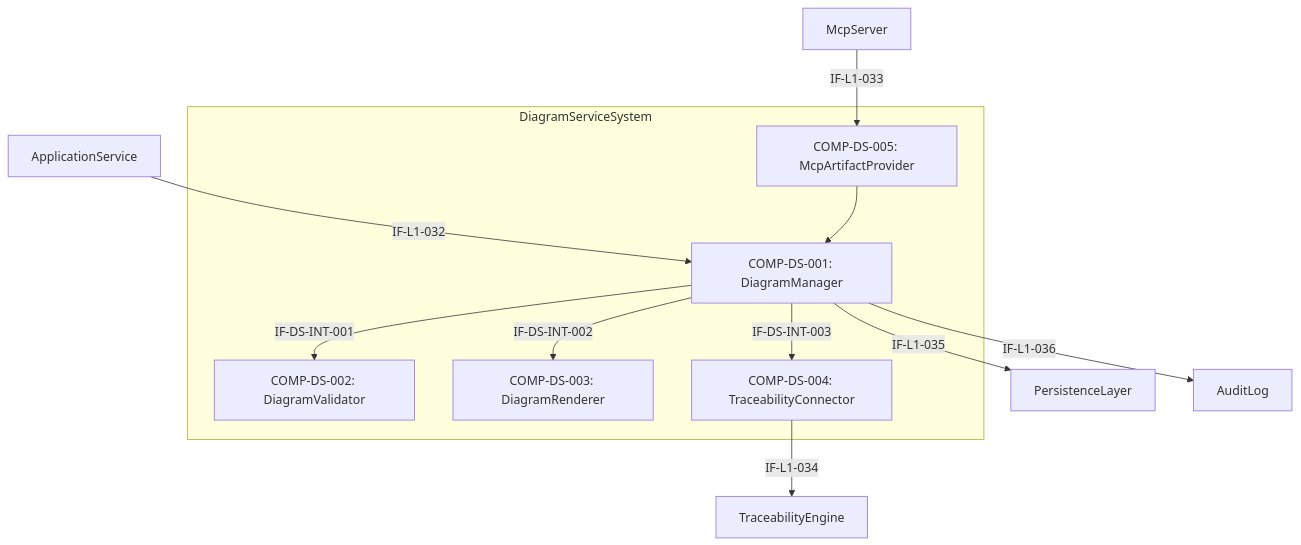
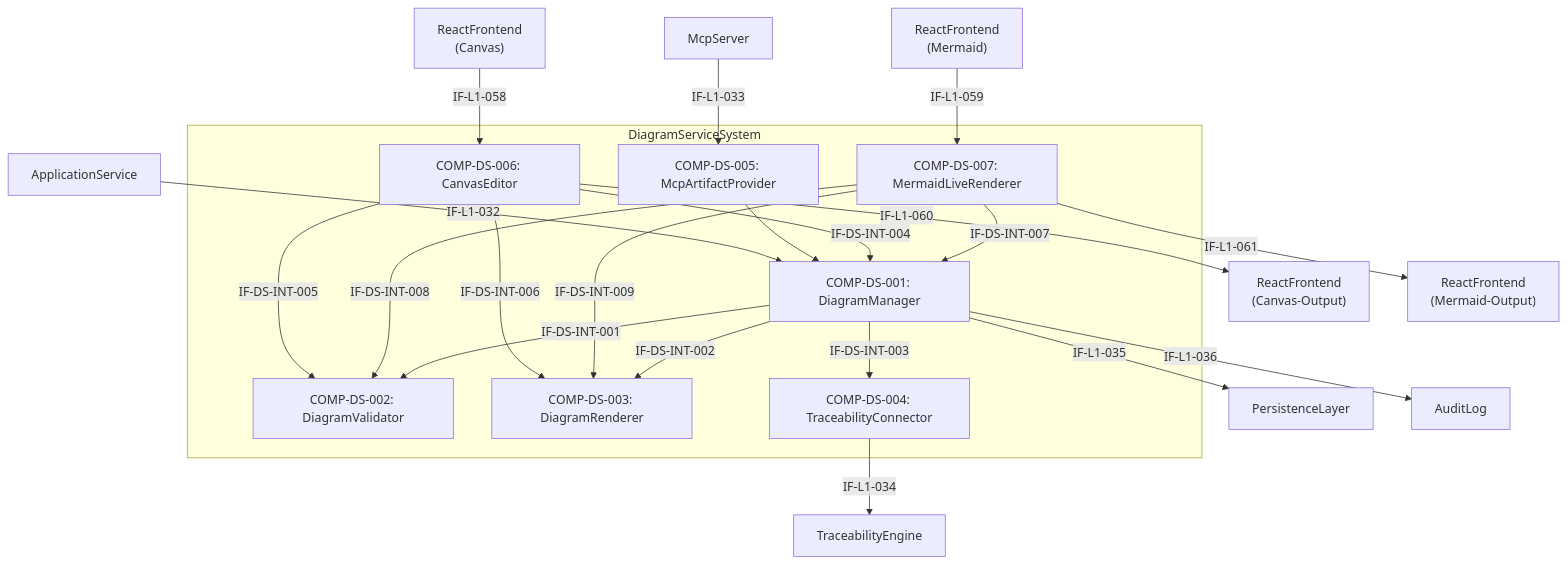
One commit to Popoboxxo/ReqogniLoom changed the diagram in docs/se/L1/Gesamtsystem/L2/DiagramServiceSystem/L2_DiagramServiceSystem_Architecture.md. Above: the diagram before and after it, drawn with Mermaid. The commit also changed other lines of this file and 50 other files, not shown here.

````diff
--- a/docs/se/L1/Gesamtsystem/L2/DiagramServiceSystem/L2_DiagramServiceSystem_Architecture.md
+++ b/docs/se/L1/Gesamtsystem/L2/DiagramServiceSystem/L2_DiagramServiceSystem_Architecture.md
@@ -57,22 +70,34 @@
 ```mermaid
 flowchart TD
     subgraph DiagramServiceSystem
         C001["COMP-DS-001: DiagramManager"]
         C002["COMP-DS-002: DiagramValidator"]
         C003["COMP-DS-003: DiagramRenderer"]
         C004["COMP-DS-004: TraceabilityConnector"]
         C005["COMP-DS-005: McpArtifactProvider"]
+        C006["COMP-DS-006: CanvasEditor"]
+        C007["COMP-DS-007: MermaidLiveRenderer"]
     end
 
     ext_as["ApplicationService"] -->|IF-L1-032| C001
     ext_mcp["McpServer"] -->|IF-L1-033| C005
+    ext_fe_canvas["ReactFrontend<br/>(Canvas)"] -->|IF-L1-058| C006
+    ext_fe_mermaid["ReactFrontend<br/>(Mermaid)"] -->|IF-L1-059| C007
 
     C005 --> C001
+    C006 -->|IF-DS-INT-004| C001
+    C006 -->|IF-DS-INT-005| C002
+    C006 -->|IF-DS-INT-006| C003
+    C007 -->|IF-DS-INT-007| C001
+    C007 -->|IF-DS-INT-008| C002
+    C007 -->|IF-DS-INT-009| C003
     C001 -->|IF-DS-INT-001| C002
     C001 -->|IF-DS-INT-002| C003
     C001 -->|IF-DS-INT-003| C004
 
     C004 -->|IF-L1-034| ext_te["TraceabilityEngine"]
     C001 -->|IF-L1-035| ext_pl["PersistenceLayer"]
     C001 -->|IF-L1-036| ext_al["AuditLog"]
+    C006 -->|IF-L1-060| ext_fe_out["ReactFrontend<br/>(Canvas-Output)"]
+    C007 -->|IF-L1-061| ext_fe_mermaid_out["ReactFrontend<br/>(Mermaid-Output)"]
 ```
````
